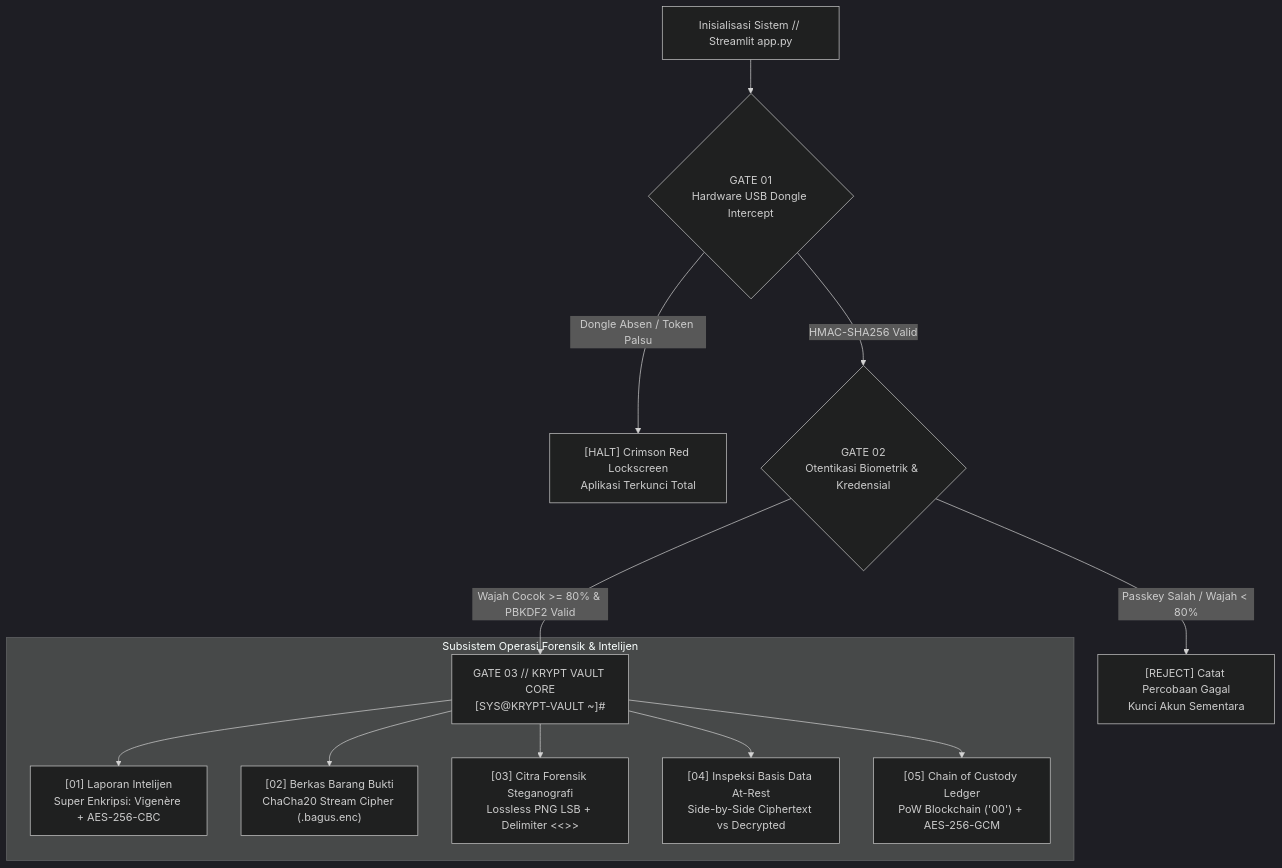
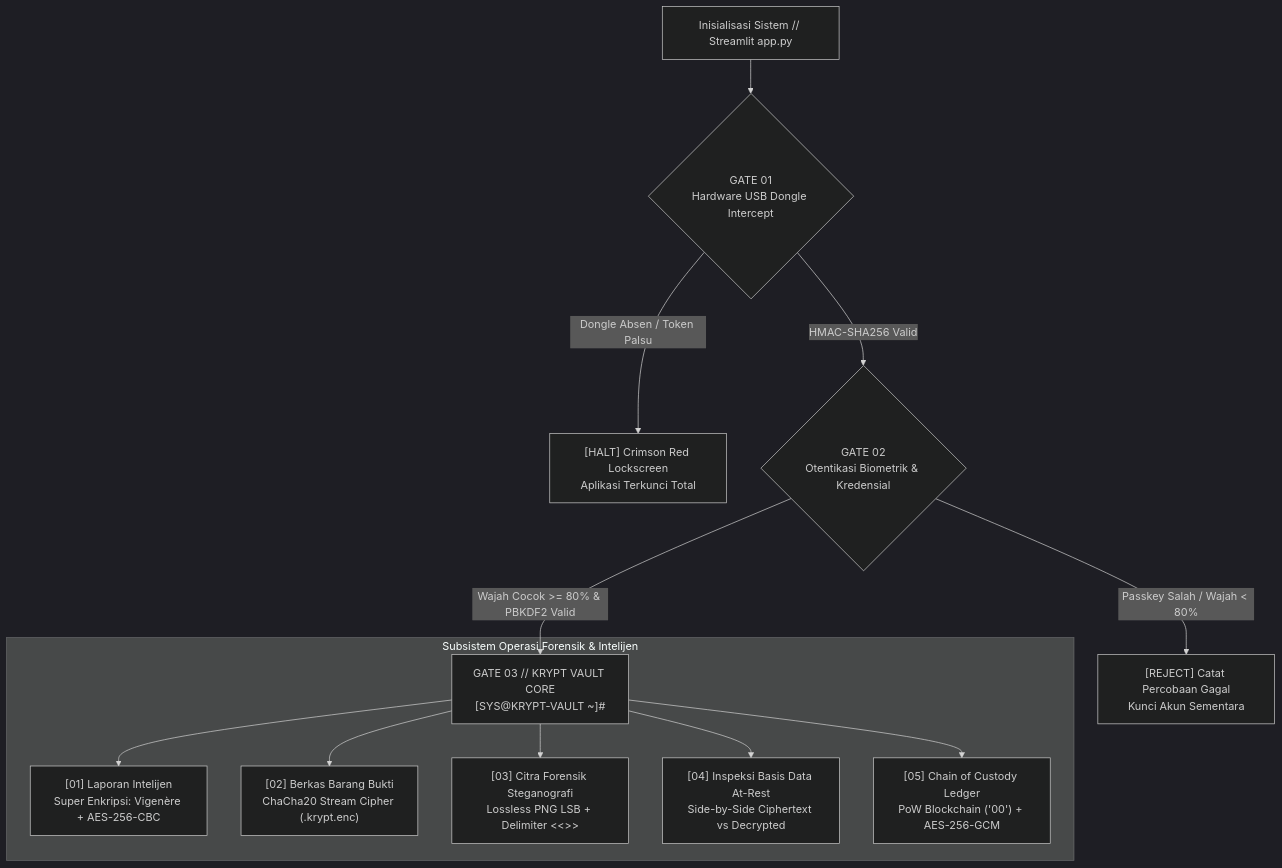
The first of 7 diagrams in geovault-crypto-app/docs/LAPORAN_AKHIR_KRIPTOGRAFI.md (Mridhohm/Project_Biometric-Authenticated-Gatekeeper-Unified-Security-Vault), drawn with Mermaid (dark theme) before and after one commit. The commit also changed other lines of this file and 14 other files, not shown here.

````diff
--- a/geovault-crypto-app/docs/LAPORAN_AKHIR_KRIPTOGRAFI.md
+++ b/geovault-crypto-app/docs/LAPORAN_AKHIR_KRIPTOGRAFI.md
@@ -272,16 +272,16 @@
 ```mermaid
 flowchart TD
     Boot["Inisialisasi Sistem // Streamlit app.py"] --> G1{"GATE 01\nHardware USB Dongle Intercept"}
     G1 -- "Dongle Absen / Token Palsu" --> L1["[HALT] Crimson Red Lockscreen\nAplikasi Terkunci Total"]
     G1 -- "HMAC-SHA256 Valid" --> G2{"GATE 02\nOtentikasi Biometrik & Kredensial"}
     G2 -- "Passkey Salah / Wajah < 80%" --> L2["[REJECT] Catat Percobaan Gagal\nKunci Akun Sementara"]
     G2 -- "Wajah Cocok >= 80% & PBKDF2 Valid" --> G3["GATE 03 // KRYPT VAULT CORE\n[SYS@KRYPT-VAULT ~]#"]
     
     subgraph G3_Subsystems ["Subsistem Operasi Forensik & Intelijen"]
         G3 --> S1["[01] Laporan Intelijen\nSuper Enkripsi: Vigenère + AES-256-CBC"]
-        G3 --> S2["[02] Berkas Barang Bukti\nChaCha20 Stream Cipher (.bagus.enc)"]
+        G3 --> S2["[02] Berkas Barang Bukti\nChaCha20 Stream Cipher (.krypt.enc)"]
         G3 --> S3["[03] Citra Forensik Steganografi\nLossless PNG LSB + Delimiter <<<END>>>"]
         G3 --> S4["[04] Inspeksi Basis Data At-Rest\nSide-by-Side Ciphertext vs Decrypted"]
         G3 --> S5["[05] Chain of Custody Ledger\nPoW Blockchain ('00') + AES-256-GCM"]
     end
 ```
````
